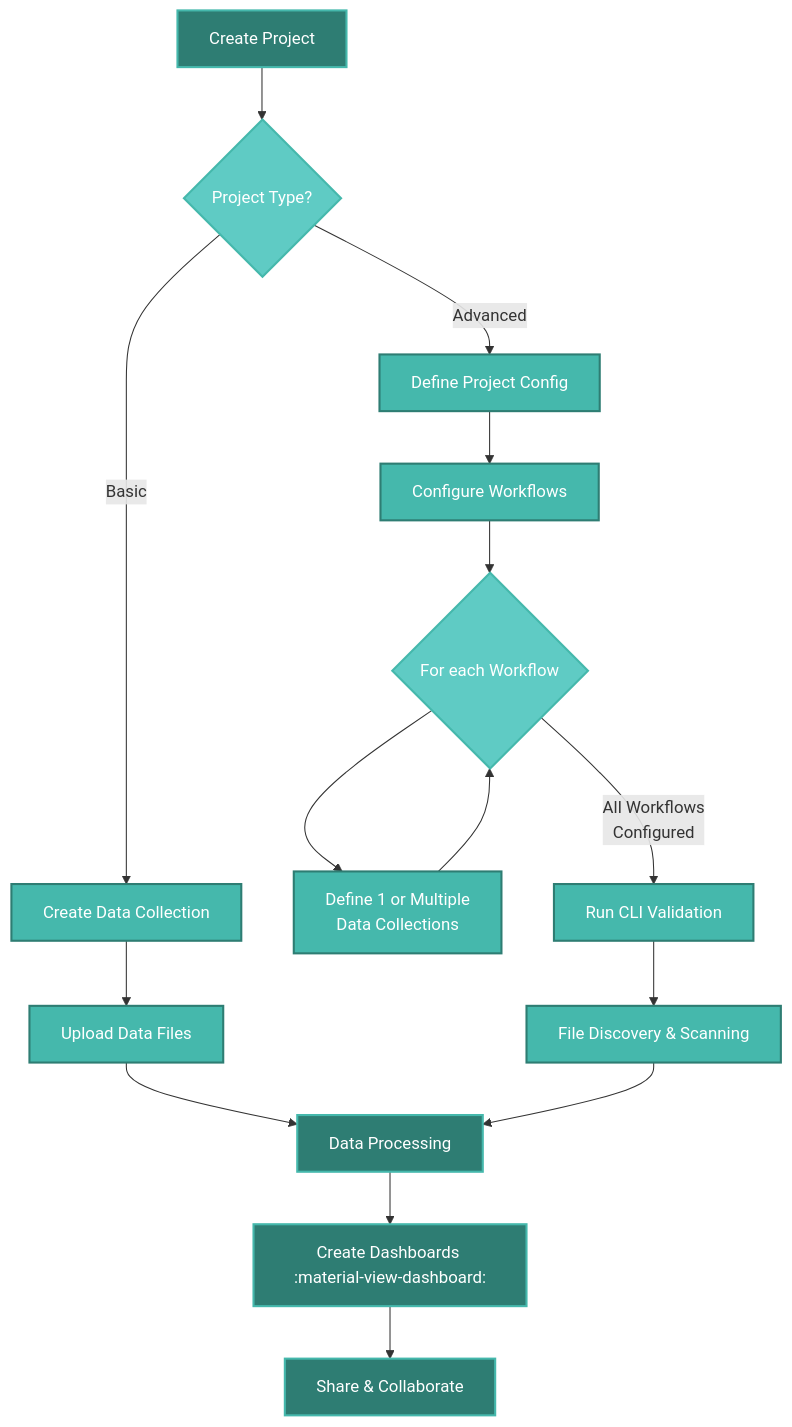
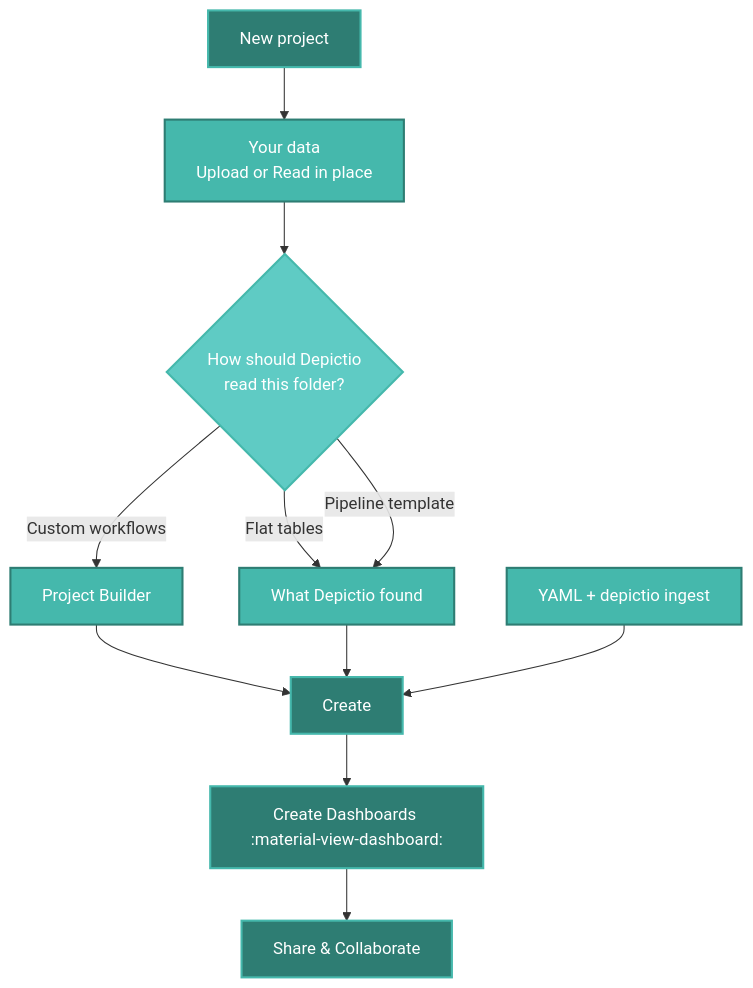
Before and after one commit to depictio/depictio-docs: the first of 2 diagrams in docs/usage/projects/guide.md, drawn with Mermaid. The commit also changed other lines of this file and 2 other files, not shown here.

First line of the commit message:
docs(projects): create a project from its data, add data, the Project Builder, Send and ZIP export

````diff
--- a/docs/usage/projects/guide.md
+++ b/docs/usage/projects/guide.md
@@ -37,28 +24,21 @@
 ```mermaid
 graph TD
-    A[Create Project] --> B{Project Type?}
-
-    B -->|Basic| C1[Create Data Collection]
-    C1 --> C2[Upload Data Files]
-    C2 --> D[Data Processing]
-
-    B -->|Advanced| D1[Define Project Config]
-    D1 --> D2[Configure Workflows]
-    D2 --> D2a{For each Workflow}
-    D2a --> D3[Define 1 or Multiple<br/>Data Collections]
-    D3 --> D2a
-    D2a -->|All Workflows<br/>Configured| D4[Run CLI Validation]
-    D4 --> D5[File Discovery & Scanning]
-    D5 --> D
-
-    D --> E[Create Dashboards :material-view-dashboard:]
-    E --> F[Share & Collaborate]
+    A[New project] --> B[Your data<br/>Upload or Read in place]
+    B --> C{How should Depictio<br/>read this folder?}
+    C -->|Flat tables| D[What Depictio found]
+    C -->|Pipeline template| D
+    C -->|Custom workflows| P[Project Builder]
+    P --> E
+    D --> E[Create]
+    Y[YAML + depictio ingest] --> E
+    E --> F[Create Dashboards :material-view-dashboard:]
+    F --> G[Share & Collaborate]
 
     %% Depictio teal theme styling - compatible with light/dark mode
     classDef default fill:#45B8AC,stroke:#2E7D73,stroke-width:2px,color:#fff
     classDef decision fill:#5FCBC4,stroke:#45B8AC,stroke-width:2px,color:#fff
     classDef highlight fill:#2E7D73,stroke:#45B8AC,stroke-width:2px,color:#fff
 
-    class A,D,E,F highlight
-    class B,D2a decision
+    class A,E,F,G highlight
+    class C decision
 ```
````
